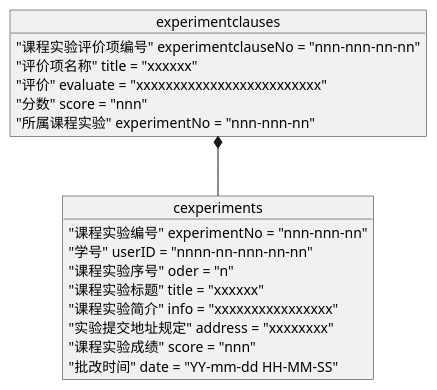
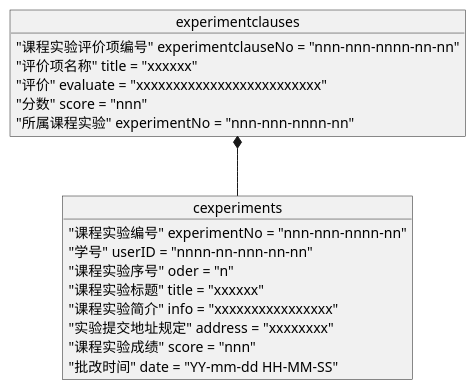
The sixth of 10 diagrams in test6/objectView.pu (201610414130/is_analysis-4), drawn with PlantUML before and after one commit. The commit also changed other lines of this file and 5 other files, not shown here.

```diff
--- a/test6/objectView.pu
+++ b/test6/objectView.pu
@@ -69,20 +69,20 @@
 @startuml cexperiments
 object cexperiments{
-    "课程实验编号" experimentNo = "nnn-nnn-nn"
+    "课程实验编号" experimentNo = "nnn-nnn-nnnn-nn"
     "学号" userID = "nnnn-nn-nnn-nn-nn"
     "课程实验序号" oder = "n"
     "课程实验标题" title = "xxxxxx"
     "课程实验简介" info = "xxxxxxxxxxxxxxxx"
     "实验提交地址规定" address = "xxxxxxxx"
     "课程实验成绩" score = "nnn"
     "批改时间" date = "YY-mm-dd HH-MM-SS"
 }
 object experimentclauses{
-    "课程实验评价项编号" experimentclauseNo = "nnn-nnn-nn-nn"
+    "课程实验评价项编号" experimentclauseNo = "nnn-nnn-nnnn-nn-nn"
     "评价项名称" title = "xxxxxx"
     "评价" evaluate = "xxxxxxxxxxxxxxxxxxxxxxxxx"
     "分数" score = "nnn"
-    "所属课程实验" experimentNo = "nnn-nnn-nn"
+    "所属课程实验" experimentNo = "nnn-nnn-nnnn-nn"
 }
 experimentclauses *-- cexperiments
 @enduml
```
